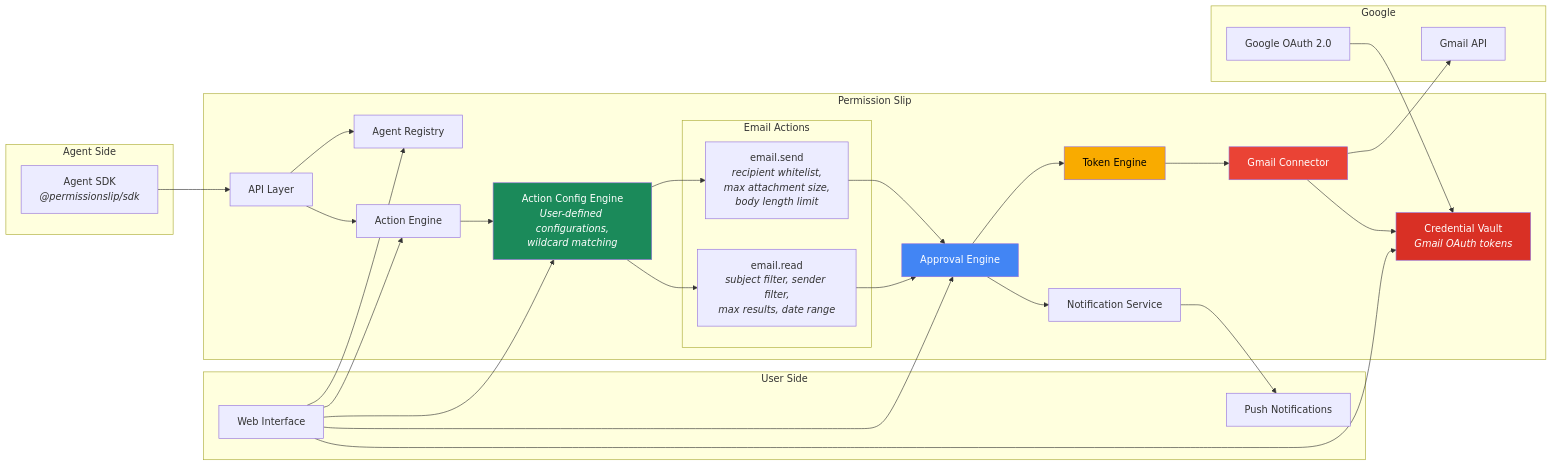
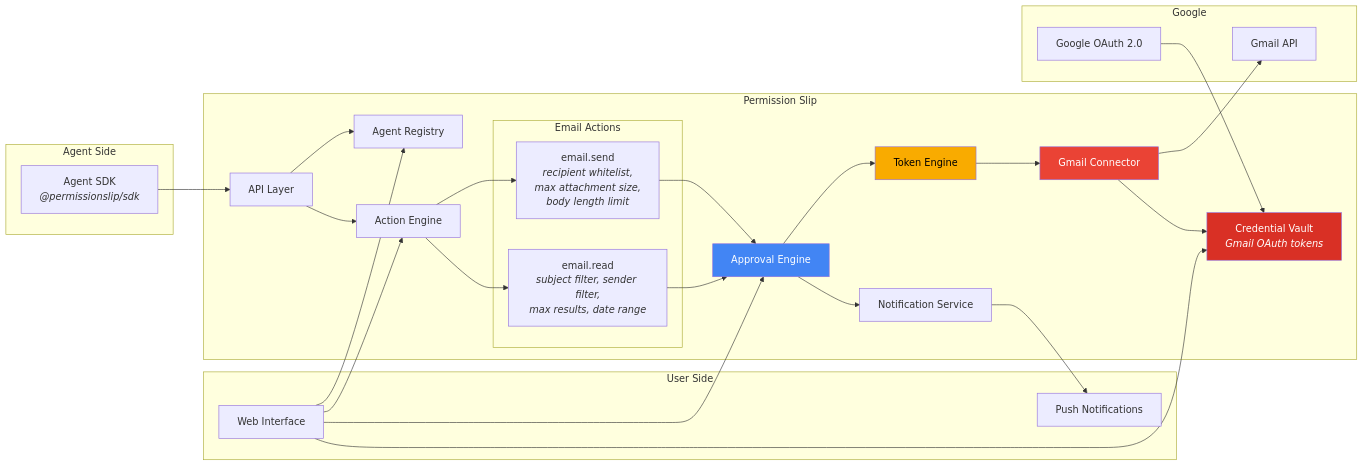
One commit to supersuit-tech/permission-slip changed the fifth of 6 diagrams in docs/architecture.md. Above: the diagram before and after it, drawn with Mermaid. The commit also changed other lines of this file and 4 other files, not shown here.

````diff
--- a/docs/architecture.md
+++ b/docs/architecture.md
@@ -215,59 +212,55 @@
 ```mermaid
 graph LR
     subgraph Agent Side
         SDK["Agent SDK<br/><i>@permissionslip/sdk</i>"]
     end
 
     subgraph Permission Slip
         API["API Layer"]
         Reg["Agent Registry"]
         Act["Action Engine"]
-        ACfg["Action Config Engine<br/><i>User-defined configurations,<br/>wildcard matching</i>"]
 
         subgraph "Email Actions"
             ER["email.read<br/><i>subject filter, sender filter,<br/>max results, date range</i>"]
             ES["email.send<br/><i>recipient whitelist,<br/>max attachment size,<br/>body length limit</i>"]
         end
 
         Appr["Approval Engine"]
         Tok["Token Engine"]
         Vault["Credential Vault<br/><i>Gmail OAuth tokens</i>"]
         Gmail["Gmail Connector"]
         Notif["Notification Service"]
     end
 
     subgraph User Side
         Web["Web Interface"]
         Phone["Push Notifications"]
     end
 
     subgraph Google
         GmailAPI["Gmail API"]
         OAuth["Google OAuth 2.0"]
     end
 
     SDK --> API
     API --> Reg
     API --> Act
-    Act --> ACfg
-    ACfg --> ER & ES
+    Act --> ER & ES
     ER & ES --> Appr
     Appr --> Tok
     Appr --> Notif
     Notif --> Phone
-    Web --> Appr
     Web --> Reg
     Web --> Act
-    Web --> ACfg
+    Web --> Appr
     Web --> Vault
     Tok --> Gmail
     Gmail --> Vault
     Gmail --> GmailAPI
     OAuth --> Vault
 
     style Vault fill:#D93025,color:#fff
     style Appr fill:#4285F4,color:#fff
-    style ACfg fill:#1B8A5A,color:#fff
     style Tok fill:#F9AB00,color:#000
     style Gmail fill:#EA4335,color:#fff
 ```
````
